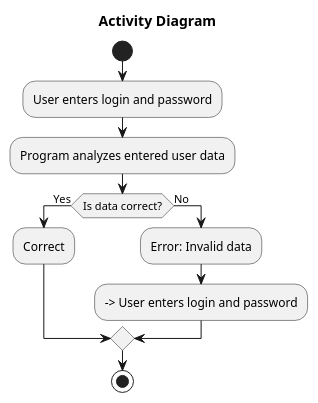
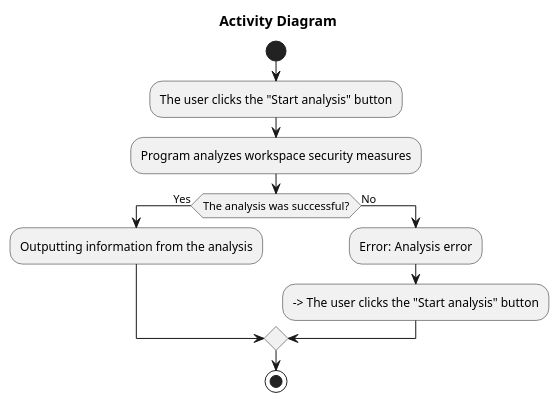
One commit to oleksandrblazhko/ai-214-kirlan changed the diagram in 2-SoftwareDesign/2.7-PlantUML/UML-Activity.puml. Above: the diagram before and after it, drawn with PlantUML.

```diff
--- a/2-SoftwareDesign/2.7-PlantUML/UML-Activity.puml
+++ b/2-SoftwareDesign/2.7-PlantUML/UML-Activity.puml
@@ -1,15 +1,15 @@
 @startuml
 title Activity Diagram 
 
 start
-:User enters login and password;
-:Program analyzes entered user data;
-if (Is data correct?) then (Yes)
-  :Correct;
+:The user clicks the "Start analysis" button;
+:Program analyzes workspace security measures;
+if (The analysis was successful?) then (Yes)
+  :Outputting information from the analysis;
 else (No)
-  :Error: Invalid data;
-  --> User enters login and password
+  :Error: Analysis error;
+  --> The user clicks the "Start analysis" button
 endif
 stop
 
 @enduml
```
